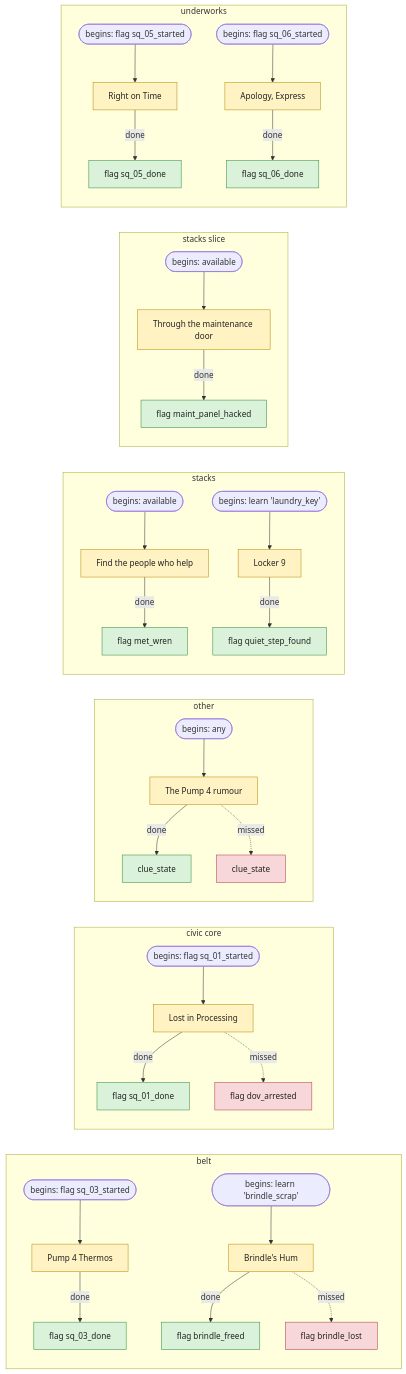
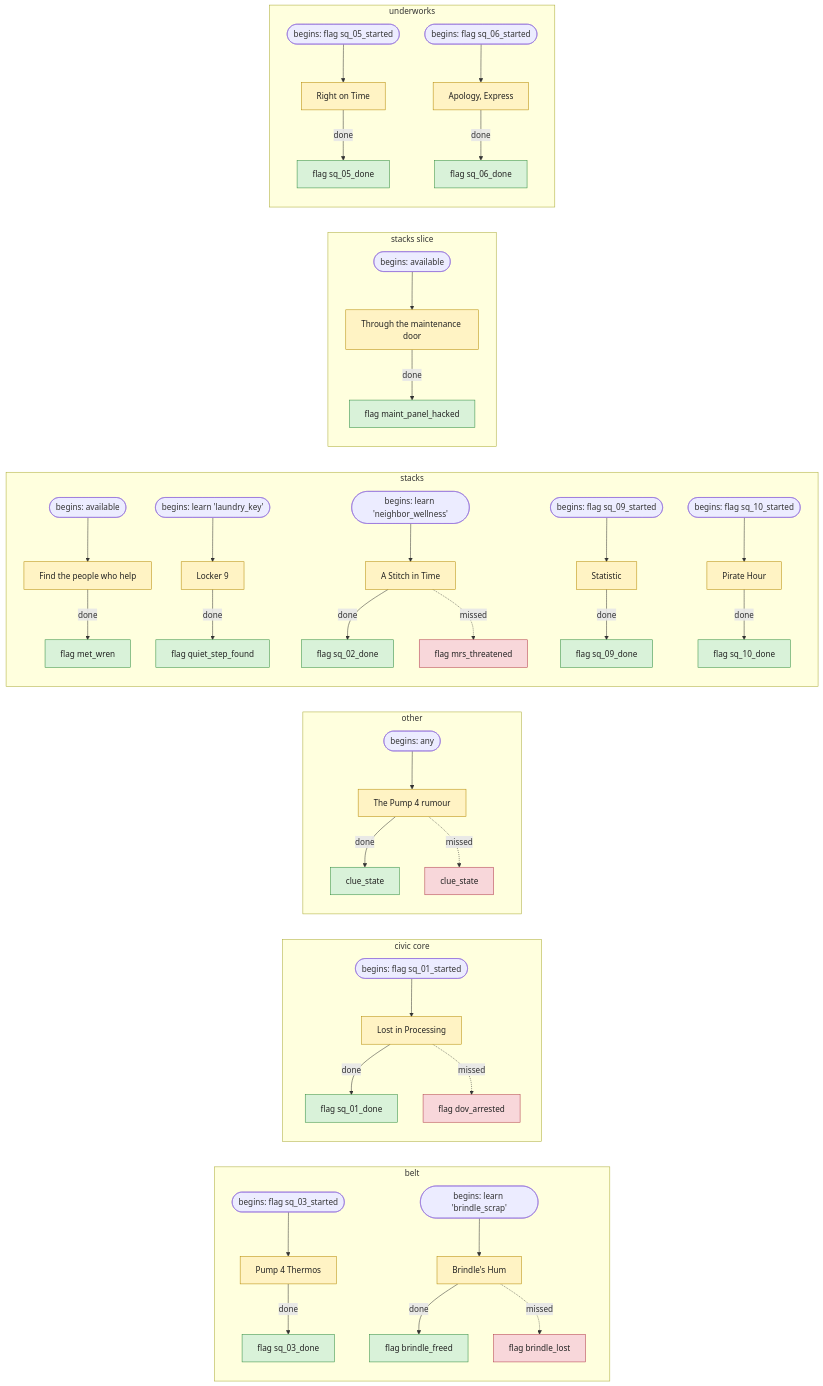
One commit to chrislee35/quiet-hours changed the seventh of 7 diagrams in docs/decision-tree.md. Above: the diagram before and after it, drawn with Mermaid. The commit also changed other lines of this file and 18 other files, not shown here.

Commit message:
T3.14: side-quests SQ-02 (sell-out, win-over, failure), SQ-09 Statistic, SQ-10 Pirate Hour; every quest tested for start, complete and fail; lower_alert_to and the calm cap

````diff
--- a/docs/decision-tree.md
+++ b/docs/decision-tree.md
@@ -258,51 +258,61 @@
 ```mermaid
 flowchart LR
   subgraph belt_map["belt"]
     q_pump4_thermos["Pump 4 Thermos"]
     q_pump4_thermos_start(["begins: flag sq_03_started"]) --> q_pump4_thermos
     q_pump4_thermos -->|done| q_pump4_thermos_ok["flag sq_03_done"]
     q_brindles_hum["Brindle's Hum"]
     q_brindles_hum_start(["begins: learn 'brindle_scrap'"]) --> q_brindles_hum
     q_brindles_hum -->|done| q_brindles_hum_ok["flag brindle_freed"]
     q_brindles_hum -.->|missed| q_brindles_hum_bad["flag brindle_lost"]
   end
   subgraph civic_core_map["civic core"]
     q_lost_in_processing["Lost in Processing"]
     q_lost_in_processing_start(["begins: flag sq_01_started"]) --> q_lost_in_processing
     q_lost_in_processing -->|done| q_lost_in_processing_ok["flag sq_01_done"]
     q_lost_in_processing -.->|missed| q_lost_in_processing_bad["flag dov_arrested"]
   end
   subgraph other_map["other"]
     q_pump4_rumour["The Pump 4 rumour"]
     q_pump4_rumour_start(["begins: any"]) --> q_pump4_rumour
     q_pump4_rumour -->|done| q_pump4_rumour_ok["clue_state"]
     q_pump4_rumour -.->|missed| q_pump4_rumour_bad["clue_state"]
   end
   subgraph stacks_map["stacks"]
     q_act1_safehouse["Find the people who help"]
     q_act1_safehouse_start(["begins: available"]) --> q_act1_safehouse
     q_act1_safehouse -->|done| q_act1_safehouse_ok["flag met_wren"]
     q_first_cache["Locker 9"]
     q_first_cache_start(["begins: learn 'laundry_key'"]) --> q_first_cache
     q_first_cache -->|done| q_first_cache_ok["flag quiet_step_found"]
+    q_stitch_in_time["A Stitch in Time"]
+    q_stitch_in_time_start(["begins: learn 'neighbor_wellness'"]) --> q_stitch_in_time
+    q_stitch_in_time -->|done| q_stitch_in_time_ok["flag sq_02_done"]
+    q_stitch_in_time -.->|missed| q_stitch_in_time_bad["flag mrs_threatened"]
+    q_statistic["Statistic"]
+    q_statistic_start(["begins: flag sq_09_started"]) --> q_statistic
+    q_statistic -->|done| q_statistic_ok["flag sq_09_done"]
+    q_pirate_hour["Pirate Hour"]
+    q_pirate_hour_start(["begins: flag sq_10_started"]) --> q_pirate_hour
+    q_pirate_hour -->|done| q_pirate_hour_ok["flag sq_10_done"]
   end
   subgraph stacks_slice_map["stacks slice"]
     q_maintenance_wing["Through the maintenance door"]
     q_maintenance_wing_start(["begins: available"]) --> q_maintenance_wing
     q_maintenance_wing -->|done| q_maintenance_wing_ok["flag maint_panel_hacked"]
   end
   subgraph underworks_map["underworks"]
     q_right_on_time["Right on Time"]
     q_right_on_time_start(["begins: flag sq_05_started"]) --> q_right_on_time
     q_right_on_time -->|done| q_right_on_time_ok["flag sq_05_done"]
     q_apology_express["Apology, Express"]
     q_apology_express_start(["begins: flag sq_06_started"]) --> q_apology_express
     q_apology_express -->|done| q_apology_express_ok["flag sq_06_done"]
   end
-  class q_pump4_thermos,q_brindles_hum,q_lost_in_processing,q_pump4_rumour,q_act1_safehouse,q_first_cache,q_maintenance_wing,q_right_on_time,q_apology_express decision
-  class q_pump4_thermos_ok,q_brindles_hum_ok,q_lost_in_processing_ok,q_pump4_rumour_ok,q_act1_safehouse_ok,q_first_cache_ok,q_maintenance_wing_ok,q_right_on_time_ok,q_apology_express_ok achievement
-  class q_brindles_hum_bad,q_lost_in_processing_bad,q_pump4_rumour_bad outcome
+  class q_pump4_thermos,q_brindles_hum,q_lost_in_processing,q_pump4_rumour,q_act1_safehouse,q_first_cache,q_stitch_in_time,q_statistic,q_pirate_hour,q_maintenance_wing,q_right_on_time,q_apology_express decision
+  class q_pump4_thermos_ok,q_brindles_hum_ok,q_lost_in_processing_ok,q_pump4_rumour_ok,q_act1_safehouse_ok,q_first_cache_ok,q_stitch_in_time_ok,q_statistic_ok,q_pirate_hour_ok,q_maintenance_wing_ok,q_right_on_time_ok,q_apology_express_ok achievement
+  class q_brindles_hum_bad,q_lost_in_processing_bad,q_pump4_rumour_bad,q_stitch_in_time_bad outcome
   classDef decision fill:#fff3c4,stroke:#b58900,color:#222
   classDef outcome fill:#f8d7da,stroke:#b03a48,color:#222
   classDef achievement fill:#d9f2d9,stroke:#2e8b3d,color:#222
 ```
````
